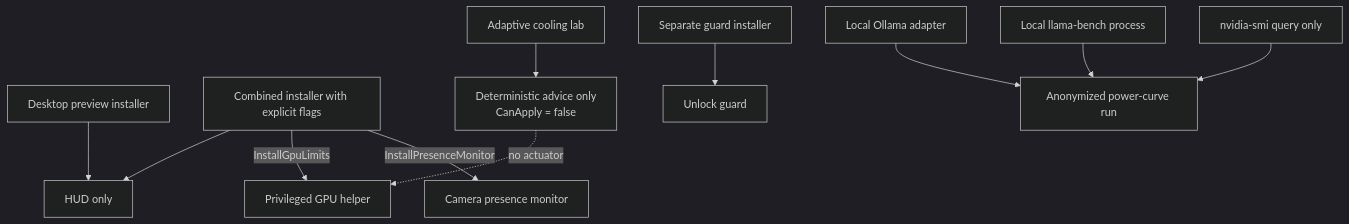
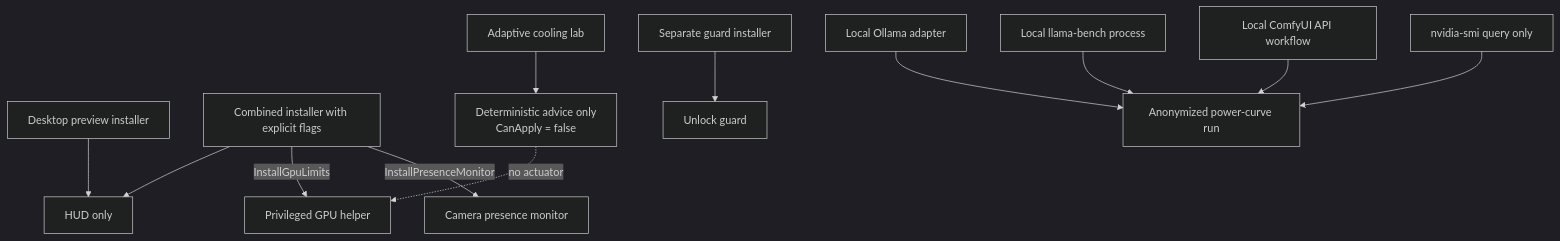
One commit to alirezakeshmirisocial-coder/ca-autoconfig changed the third of 3 diagrams in docs/ARCHITECTURE.md. Above: the diagram before and after it, drawn with Mermaid (dark theme). The commit also changed other lines of this file and 21 other files, not shown here.

````diff
--- a/docs/ARCHITECTURE.md
+++ b/docs/ARCHITECTURE.md
@@ -97,14 +97,15 @@
 ```mermaid
 flowchart TB
     default[Desktop preview installer] --> hud[HUD only]
     combined[Combined installer with explicit flags] --> hud
     combined -->|InstallGpuLimits| gpu[Privileged GPU helper]
     combined -->|InstallPresenceMonitor| presence[Camera presence monitor]
     manual[Separate guard installer] --> guard[Unlock guard]
 
     ollama[Local Ollama adapter] --> curve[Anonymized power-curve run]
     llamabench[Local llama-bench process] --> curve
+    comfy[Local ComfyUI API workflow] --> curve
     smi2[nvidia-smi query only] --> curve
     lab[Adaptive cooling lab] --> advice[Deterministic advice only<br/>CanApply = false]
     advice -. no actuator .-> gpu
 ```
````
